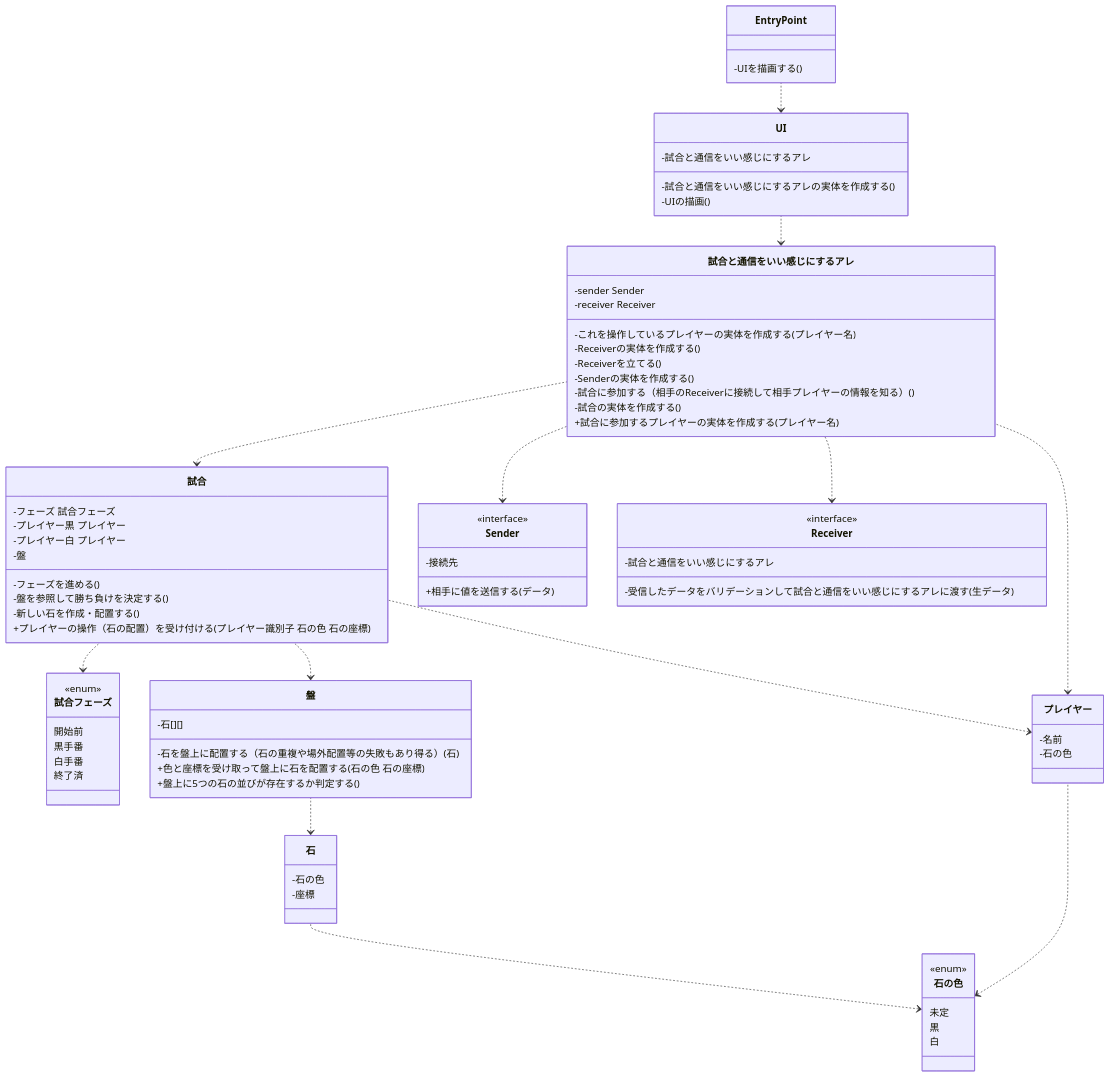
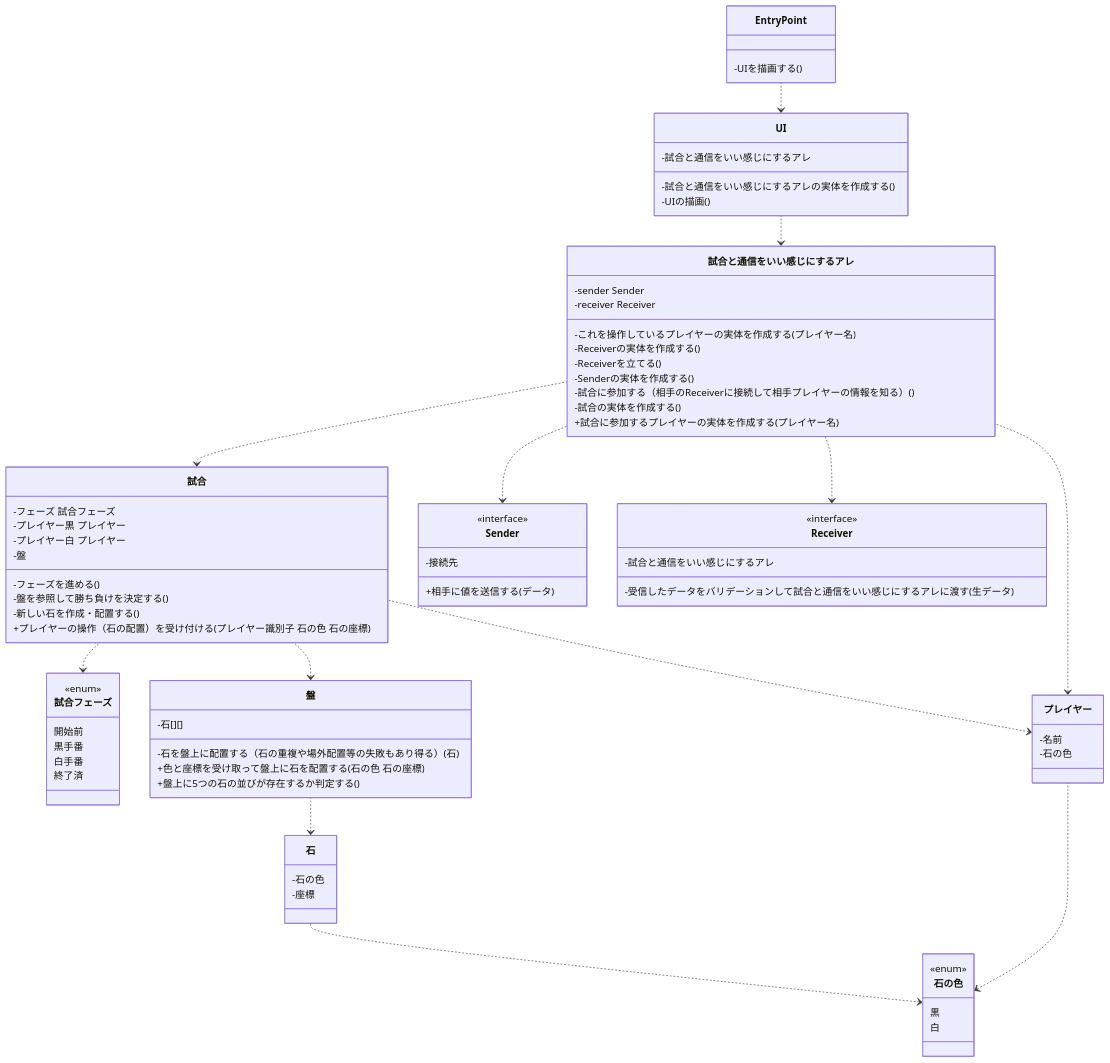
Before and after one commit to tmcit-2024-adv-prog/quantum-gomoku: the diagram in docs/details-design/class-diagram.md, drawn with Mermaid. The commit also changed 4 other files, not shown here.

```diff
--- a/docs/details-design/class-diagram.md
+++ b/docs/details-design/class-diagram.md
@@ -87,7 +87,6 @@
   }
   class 石の色 {
     <<enum>>
-    未定
     黒
     白
   }
```
